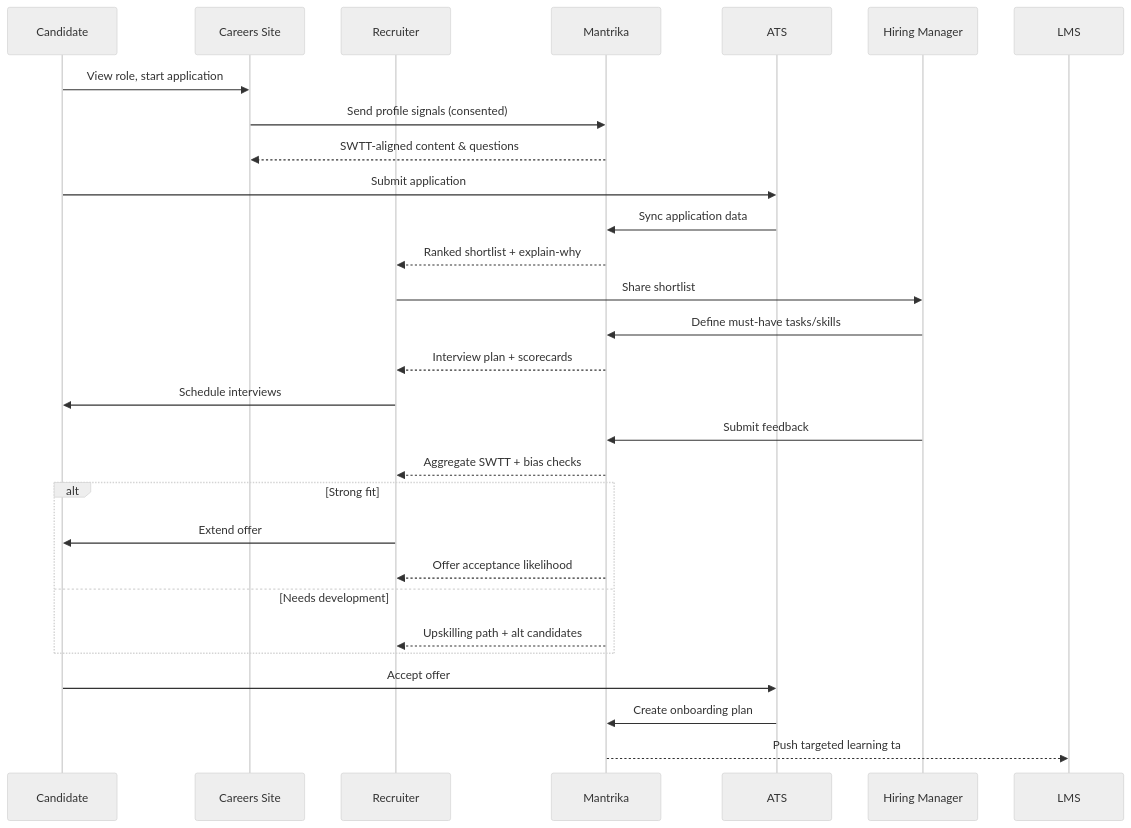
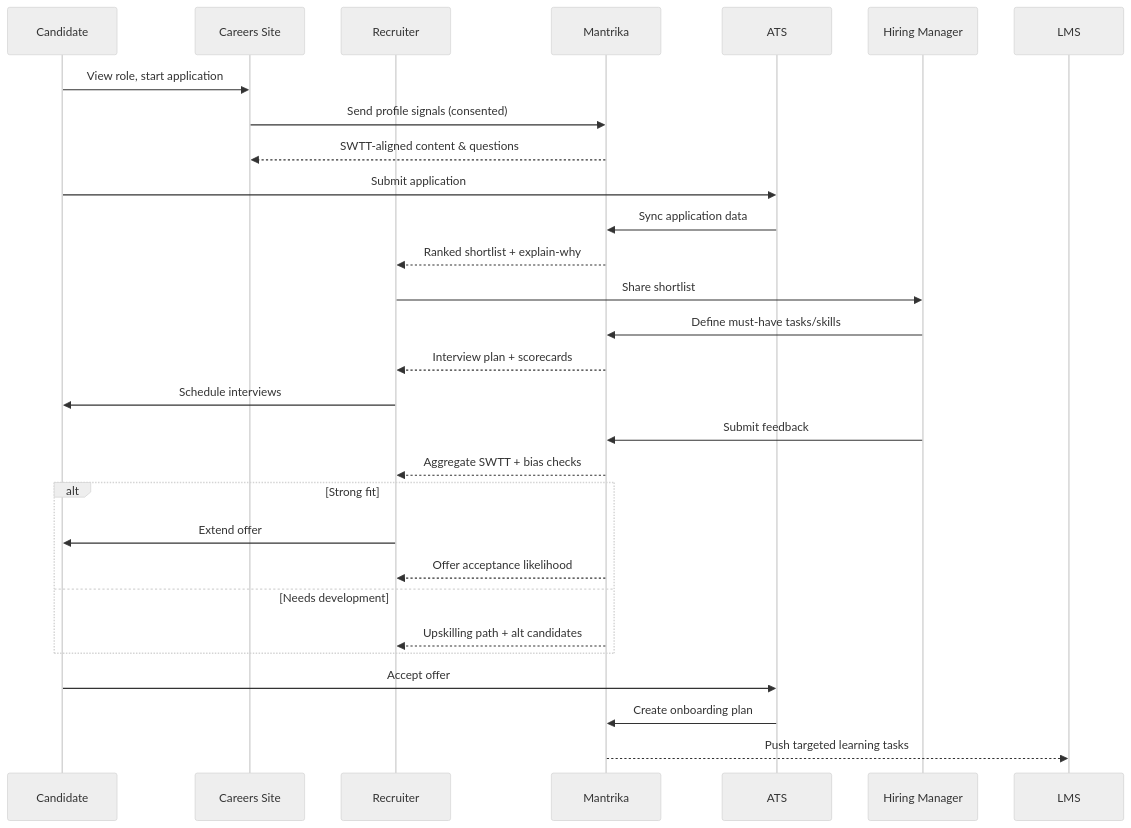
Before and after one commit to aeishwarymishra/AIforHR: the second of 3 diagrams in architecture.md, drawn with Mermaid (neutral theme). The commit also changed other lines of this file, not shown here.

````diff
--- a/architecture.md
+++ b/architecture.md
@@ -10,40 +11,40 @@
 ```mermaid
 sequenceDiagram
   participant CA as Candidate
   participant CS as Careers Site
   participant RE as Recruiter
   participant MA as Mantrika
   participant AT as ATS
   participant HM as Hiring Manager
   participant LM as LMS
 
   CA->>CS: View role, start application
   CS->>MA: Send profile signals (consented)
   MA-->>CS: SWTT-aligned content & questions
 
   CA->>AT: Submit application
   AT->>MA: Sync application data
   MA-->>RE: Ranked shortlist + explain-why
 
   RE->>HM: Share shortlist
   HM->>MA: Define must-have tasks/skills
   MA-->>RE: Interview plan + scorecards
 
   RE->>CA: Schedule interviews
   HM->>MA: Submit feedback
   MA-->>RE: Aggregate SWTT + bias checks
 
   alt Strong fit
     RE->>CA: Extend offer
     MA-->>RE: Offer acceptance likelihood
   else Needs development
     MA-->>RE: Upskilling path + alt candidates
   end
 
   CA->>AT: Accept offer
   AT->>MA: Create onboarding plan
-  MA-->>LM: Push targeted learning ta
+  MA-->>LM: Push targeted learning tasks
 
 
 
 ```
````
